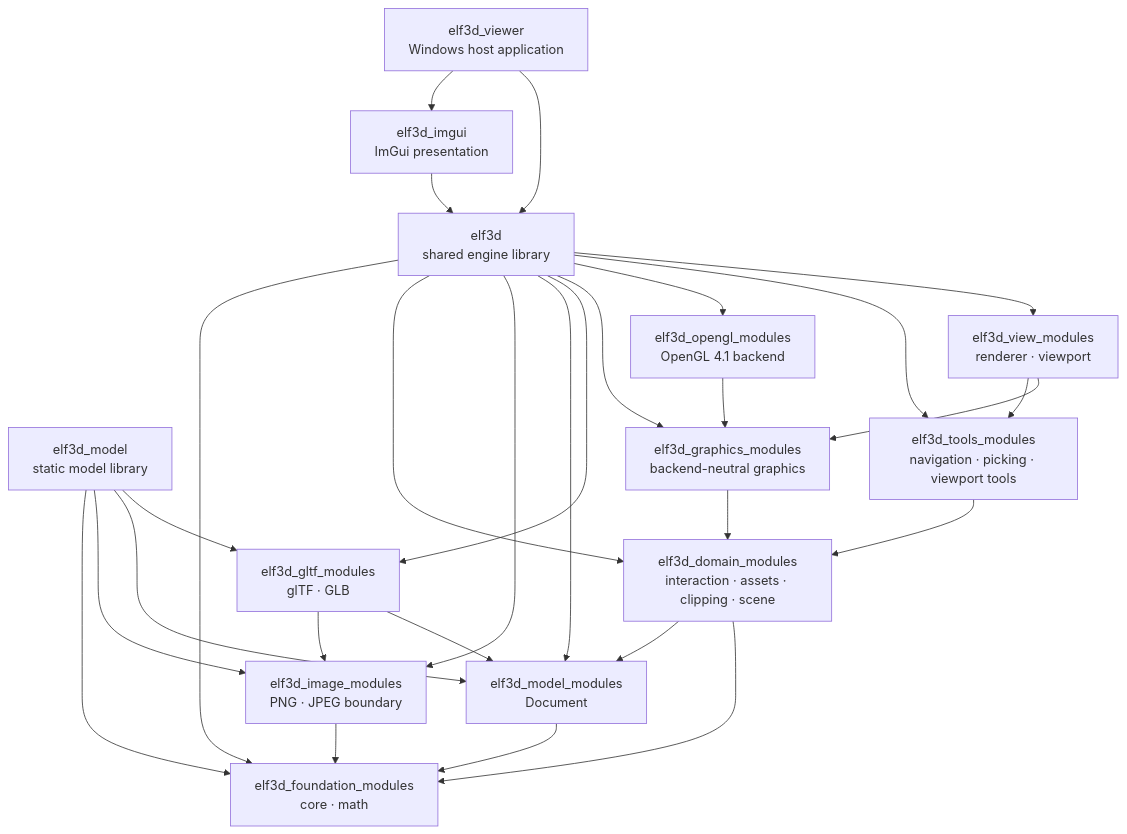
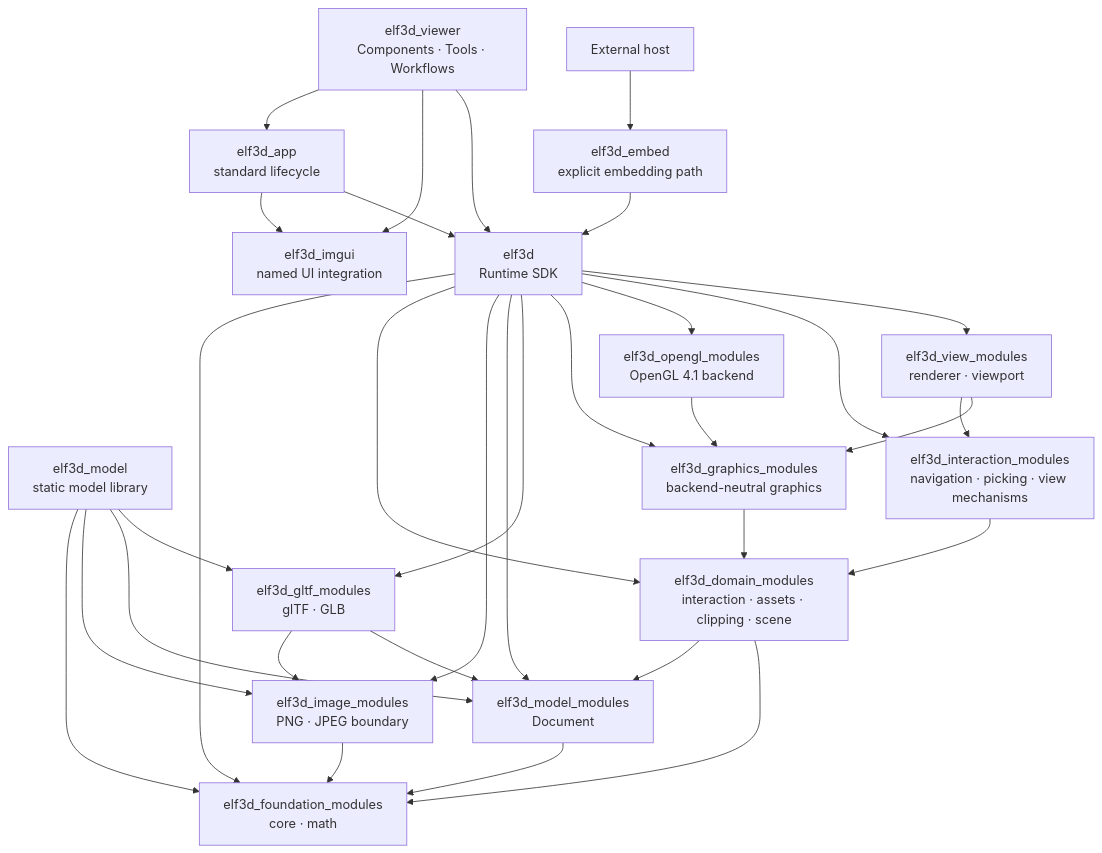
Before and after one commit to zavelski/elf3d: the diagram in README.md, drawn with Mermaid. The commit also changed other lines of this file and 163 other files, not shown here.

````diff
--- a/README.md
+++ b/README.md
@@ -120,33 +125,37 @@
 ```mermaid
 flowchart TD
-    Viewer["elf3d_viewer<br/>Windows host application"] --> ImGui["elf3d_imgui<br/>ImGui presentation"]
-    Viewer --> Engine["elf3d<br/>shared engine library"]
-    ImGui --> Engine
+    Viewer["elf3d_viewer<br/>Components · Tools · Workflows"] --> App["elf3d_app<br/>standard lifecycle"]
+    Viewer --> ImGui["elf3d_imgui<br/>named UI integration"]
+    Viewer --> Engine["elf3d<br/>Runtime SDK"]
+    App --> ImGui
+    App --> Engine
+    Embedder["External host"] --> Embed["elf3d_embed<br/>explicit embedding path"]
+    Embed --> Engine
 
     ModelProduct["elf3d_model<br/>static model library"] --> Foundation["elf3d_foundation_modules<br/>core · math"]
     ModelProduct --> Image["elf3d_image_modules<br/>PNG · JPEG boundary"]
     ModelProduct --> Model["elf3d_model_modules<br/>Document"]
     ModelProduct --> Gltf["elf3d_gltf_modules<br/>glTF · GLB"]
 
     Engine --> Foundation
     Engine --> Domain["elf3d_domain_modules<br/>interaction · assets · clipping · scene"]
     Engine --> Image
     Engine --> Model
     Engine --> Gltf
     Engine --> Graphics["elf3d_graphics_modules<br/>backend-neutral graphics"]
     Engine --> OpenGL["elf3d_opengl_modules<br/>OpenGL 4.1 backend"]
-    Engine --> Tools["elf3d_tools_modules<br/>navigation · picking · viewport tools"]
+    Engine --> Interaction["elf3d_interaction_modules<br/>navigation · picking · view mechanisms"]
     Engine --> View["elf3d_view_modules<br/>renderer · viewport"]
 
-    View --> Tools
+    View --> Interaction
     View --> Graphics
-    Tools --> Domain
+    Interaction --> Domain
     OpenGL --> Graphics
     Graphics --> Domain
     Domain --> Model
     Domain --> Foundation
     Gltf --> Image
     Gltf --> Model
     Image --> Foundation
     Model --> Foundation
 ```
````
